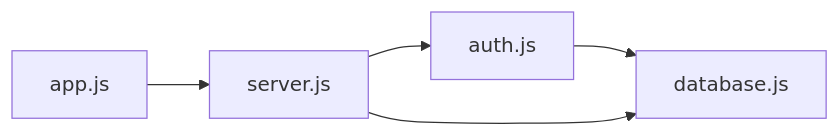
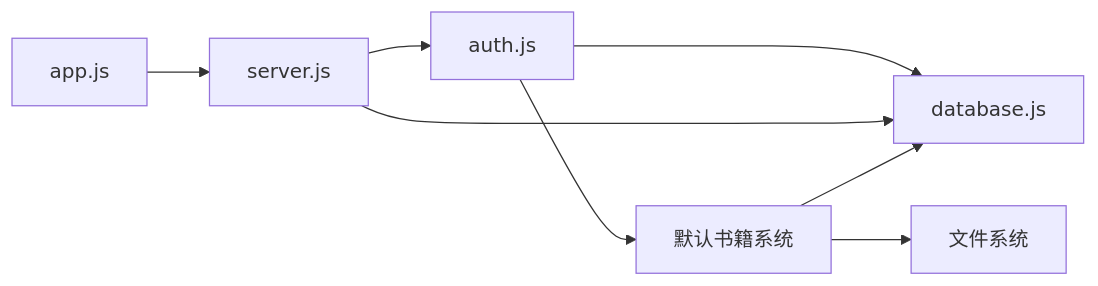
The sixth of 6 diagrams in .qoder/repowiki/zh/content/用户指南/用户认证.md (1431529361/aread), drawn with Mermaid before and after one commit. The commit also changed other lines of this file and 32 other files, not shown here.

````diff
--- a/.qoder/repowiki/zh/content/用户指南/用户认证.md
+++ b/.qoder/repowiki/zh/content/用户指南/用户认证.md
@@ -198,7 +276,10 @@
 ```mermaid
 graph LR
 APP["app.js"] --> SERVER["server.js"]
 SERVER --> AUTH["auth.js"]
 AUTH --> DB["database.js"]
+AUTH --> DEFAULTS["默认书籍系统"]
 SERVER --> DB
+DEFAULTS --> FS["文件系统"]
+DEFAULTS --> DB
 ```
````
